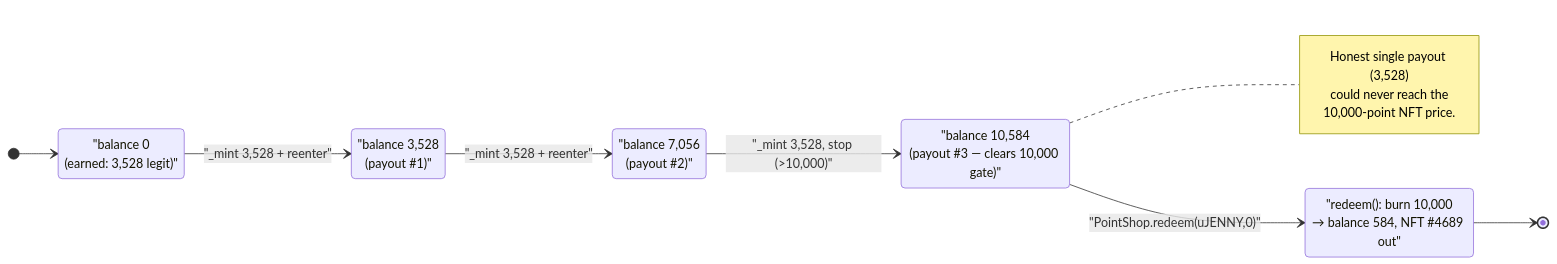
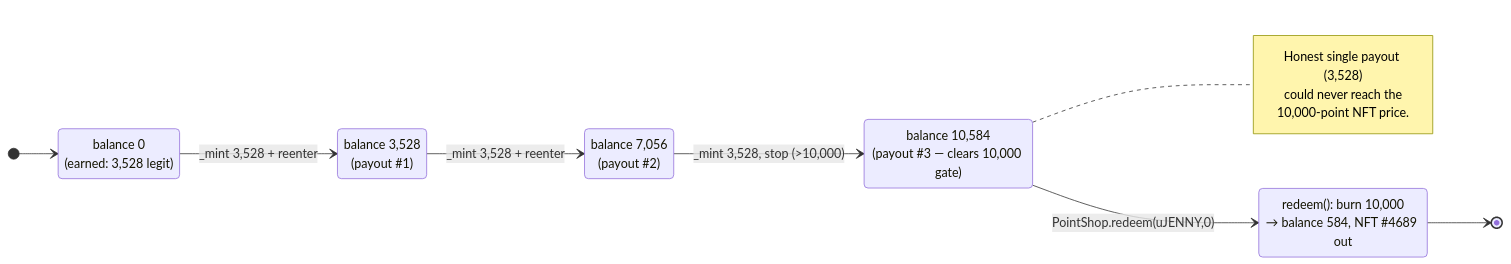
Before and after one commit to sanbir/evm-hack-registry: the third of 3 diagrams in 2023-09-uniclyNFT_exp/uniclyNFT_exp.md, drawn with Mermaid. The commit also changed other lines of this file and 280 other files, not shown here.

Commit message:
mermaid fixes

````diff
--- a/2023-09-uniclyNFT_exp/uniclyNFT_exp.md
+++ b/2023-09-uniclyNFT_exp/uniclyNFT_exp.md
@@ -278,22 +278,22 @@
 ```mermaid
 stateDiagram-v2
     direction LR
     [*] --> B0
-    B0: "balance 0<br/>(earned: 3,528 legit)"
-    B1: "balance 3,528<br/>(payout #1)"
-    B2: "balance 7,056<br/>(payout #2)"
-    B3: "balance 10,584<br/>(payout #3 — clears 10,000 gate)"
-    Redeem: "redeem(): burn 10,000<br/>→ balance 584, NFT #4689 out"
+    B0: balance 0<br/>(earned#58; 3,528 legit)
+    B1: balance 3,528<br/>(payout #1)
+    B2: balance 7,056<br/>(payout #2)
+    B3: balance 10,584<br/>(payout #3 — clears 10,000 gate)
+    Redeem: redeem()#58; burn 10,000<br/>→ balance 584, NFT #4689 out
 
-    B0 --> B1: "_mint 3,528 + reenter"
-    B1 --> B2: "_mint 3,528 + reenter"
-    B2 --> B3: "_mint 3,528, stop (>10,000)"
-    B3 --> Redeem: "PointShop.redeem(uJENNY,0)"
+    B0 --> B1: _mint 3,528 + reenter
+    B1 --> B2: _mint 3,528 + reenter
+    B2 --> B3: _mint 3,528, stop (>10,000)
+    B3 --> Redeem: PointShop.redeem(uJENNY,0)
     Redeem --> [*]
 
     note right of B3
       Honest single payout (3,528)
       could never reach the
       10,000-point NFT price.
     end note
 ```
````
